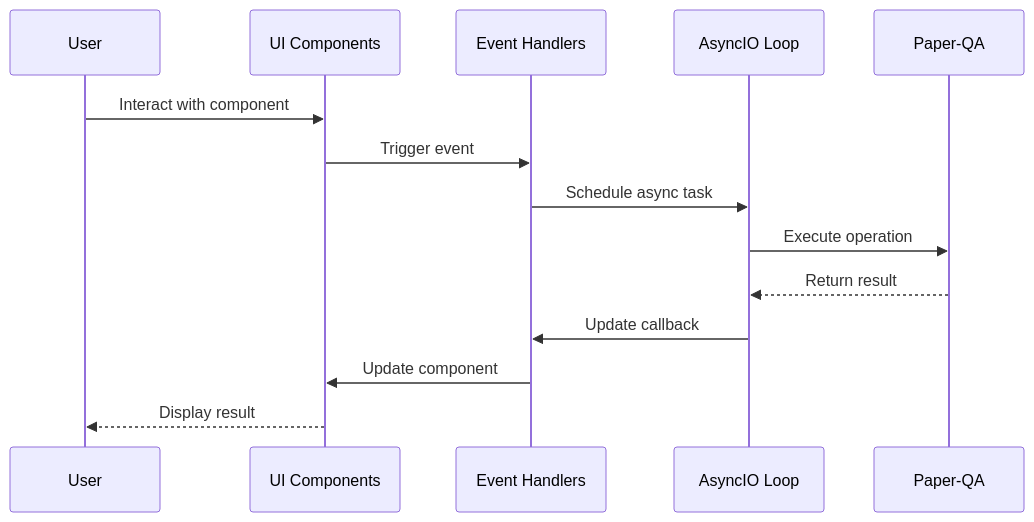
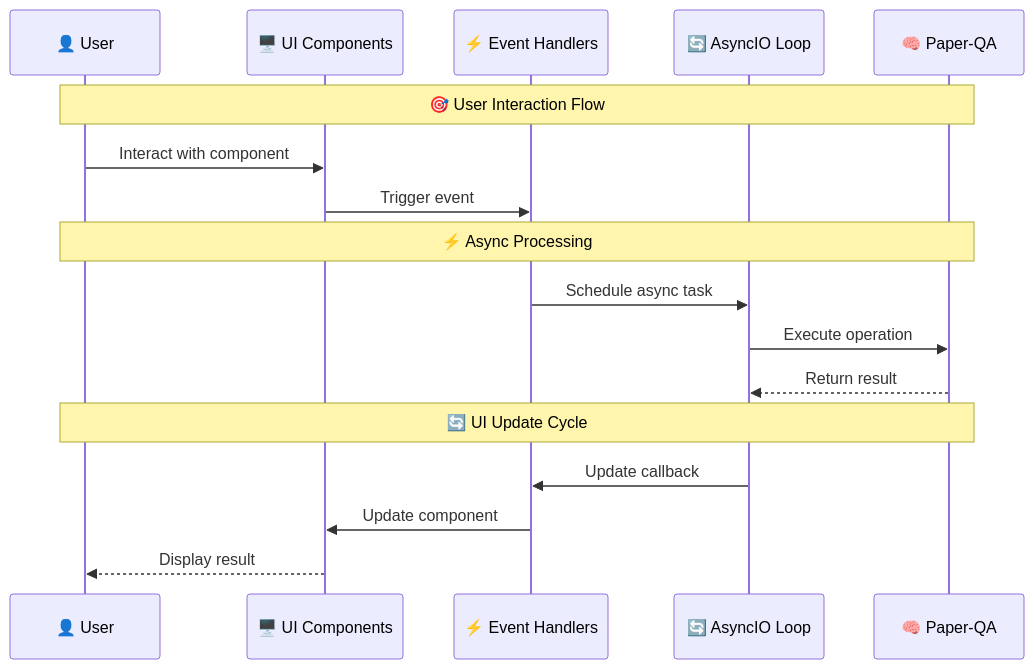
The seventh of 18 diagrams in docs/DEVELOPER.md (usathyan/paper-qa-ui), drawn with Mermaid before and after one commit. The commit also changed other lines of this file, not shown here.

First line of the commit message:
Enhance second batch of mermaid diagrams with professional styling

````diff
--- a/docs/DEVELOPER.md
+++ b/docs/DEVELOPER.md
@@ -434,17 +463,22 @@
 ```mermaid
 sequenceDiagram
-    participant U as User
-    participant UI as UI Components
-    participant EH as Event Handlers
-    participant AS as AsyncIO Loop
-    participant PQ as Paper-QA
+    participant U as 👤 User
+    participant UI as 🖥️ UI Components
+    participant EH as ⚡ Event Handlers
+    participant AS as 🔄 AsyncIO Loop
+    participant PQ as 🧠 Paper-QA
     
+    Note over U,PQ: 🎯 User Interaction Flow
     U->>UI: Interact with component
     UI->>EH: Trigger event
+    
+    Note over U,PQ: ⚡ Async Processing
     EH->>AS: Schedule async task
     AS->>PQ: Execute operation
     PQ-->>AS: Return result
+    
+    Note over U,PQ: 🔄 UI Update Cycle
     AS->>EH: Update callback
     EH->>UI: Update component
     UI-->>U: Display result
 ```
````
